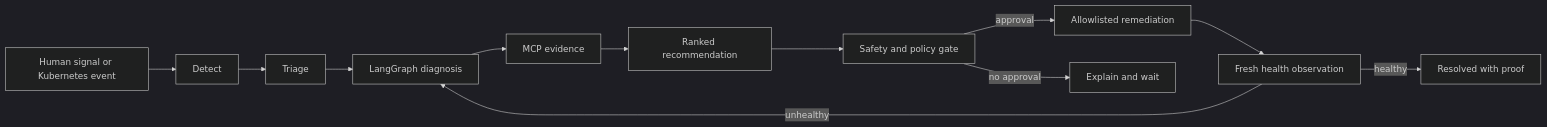
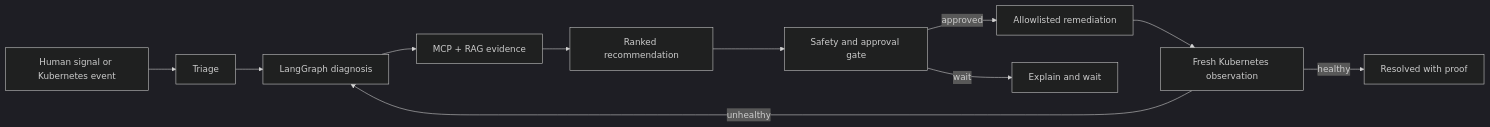
Before and after one commit to Param10Patil/AtlasAI: the first of 2 diagrams in README.md, drawn with Mermaid (dark theme). The commit also changed other lines of this file, not shown here.

````diff
--- a/README.md
+++ b/README.md
@@ -48,14 +41,13 @@
-```mermaid
+~~~mermaid
 flowchart LR
-    Signal[Human signal or Kubernetes event] --> Detect[Detect]
-    Detect --> Triage[Triage]
+    Signal[Human signal or Kubernetes event] --> Triage[Triage]
     Triage --> Diagnose[LangGraph diagnosis]
-    Diagnose --> Evidence[MCP evidence]
+    Diagnose --> Evidence[MCP + RAG evidence]
     Evidence --> Recommend[Ranked recommendation]
-    Recommend --> Gate[Safety and policy gate]
-    Gate -->|approval| Remediate[Allowlisted remediation]
-    Gate -->|no approval| Explain[Explain and wait]
-    Remediate --> Verify[Fresh health observation]
+    Recommend --> Gate[Safety and approval gate]
+    Gate -->|approved| Remediate[Allowlisted remediation]
+    Gate -->|wait| Explain[Explain and wait]
+    Remediate --> Verify[Fresh Kubernetes observation]
     Verify -->|healthy| Resolved[Resolved with proof]
     Verify -->|unhealthy| Diagnose
-```
+~~~
````
